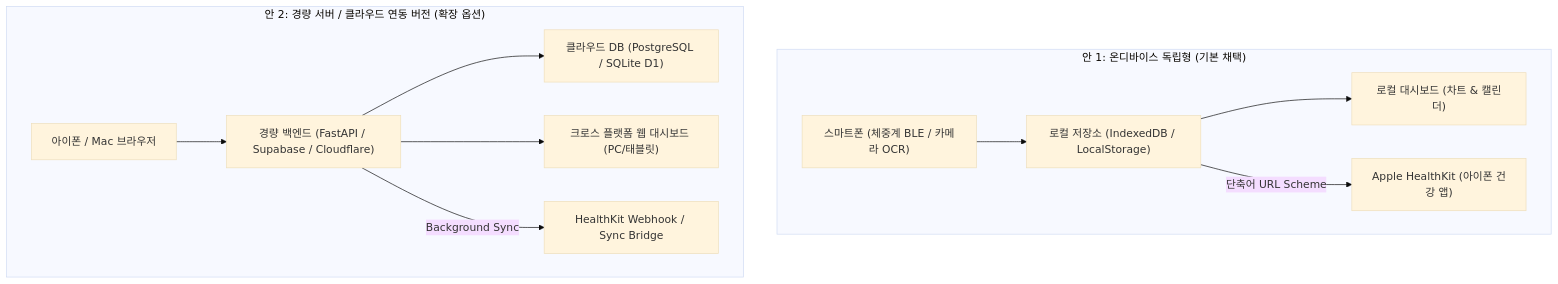
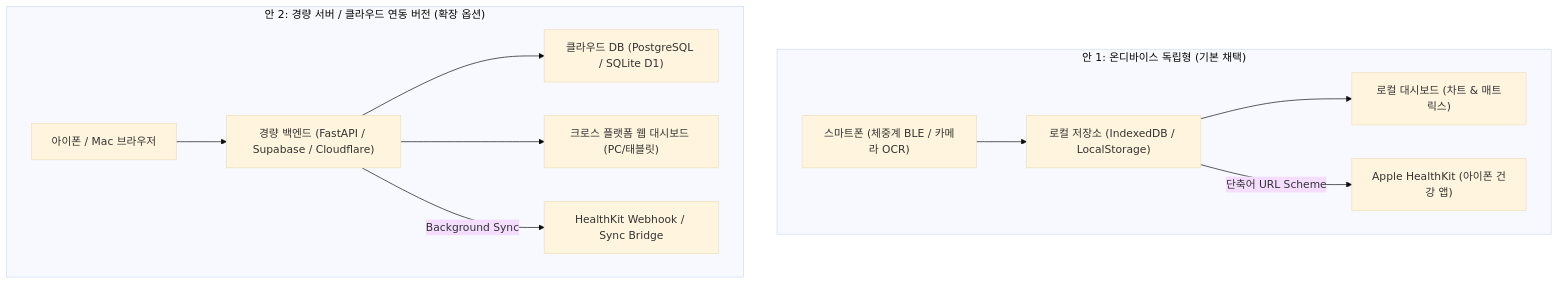
One commit to cnekid/health_tracker changed the diagram in plan_health_tracker/plan_health_tracker.md. Above: the diagram before and after it, drawn with Mermaid (base theme). The commit also changed other lines of this file and 10 other files, not shown here.

````diff
--- a/plan_health_tracker/plan_health_tracker.md
+++ b/plan_health_tracker/plan_health_tracker.md
@@ -29,15 +33,15 @@
 ```mermaid
 flowchart TD
     subgraph Option1 ["안 1: 온디바이스 독립형 (기본 채택)"]
         O1_Input["스마트폰 (체중계 BLE / 카메라 OCR)"] --> O1_Local["로컬 저장소 (IndexedDB / LocalStorage)"]
-        O1_Local --> O1_UI["로컬 대시보드 (차트 & 캘린더)"]
+        O1_Local --> O1_UI["로컬 대시보드 (차트 & 매트릭스)"]
         O1_Local -->|단축어 URL Scheme| O1_HK["Apple HealthKit (아이폰 건강 앱)"]
     end
 
     subgraph Option2 ["안 2: 경량 서버 / 클라우드 연동 버전 (확장 옵션)"]
         O2_Input["아이폰 / Mac 브라우저"] --> O2_Server["경량 백엔드 (FastAPI / Supabase / Cloudflare)"]
         O2_Server --> O2_DB["클라우드 DB (PostgreSQL / SQLite D1)"]
         O2_Server --> O2_Web["크로스 플랫폼 웹 대시보드 (PC/태블릿)"]
         O2_Server -->|Background Sync| O2_HK["HealthKit Webhook / Sync Bridge"]
     end
 ```
````
